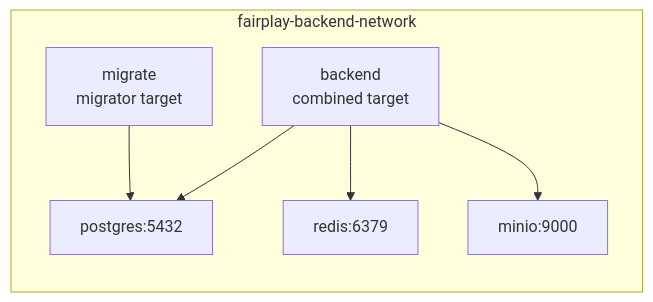
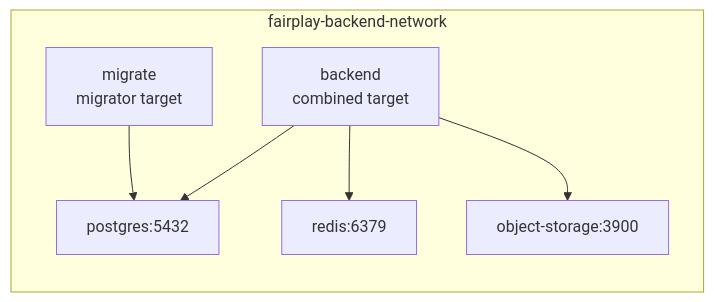
Before and after one commit to FairPlayTeam/ts-backend: the fourth of 8 diagrams in docs/ARCHITECTURE.md, drawn with Mermaid. The commit also changed other lines of this file and 16 other files, not shown here.

````diff
--- a/docs/ARCHITECTURE.md
+++ b/docs/ARCHITECTURE.md
@@ -145,15 +145,15 @@
 ```mermaid
 flowchart LR
 backend["backend<br/>combined target"] --> postgres["postgres:5432"]
 backend --> redis["redis:6379"]
-backend --> minio["minio:9000"]
+backend --> objectStorage["object-storage:3900"]
 migrate["migrate<br/>migrator target"] --> postgres
 
 subgraph network["fairplay-backend-network"]
 backend
 migrate
 postgres
 redis
-minio
+objectStorage
 end
 ```
````
